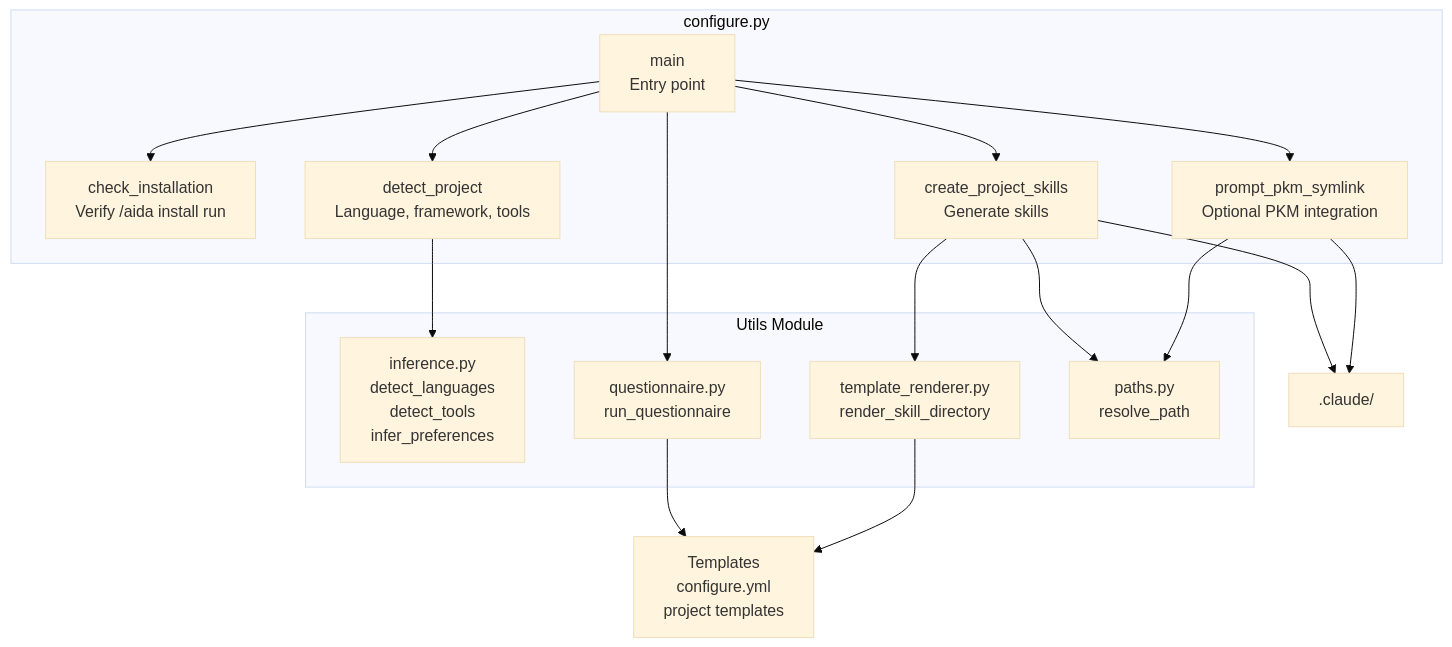
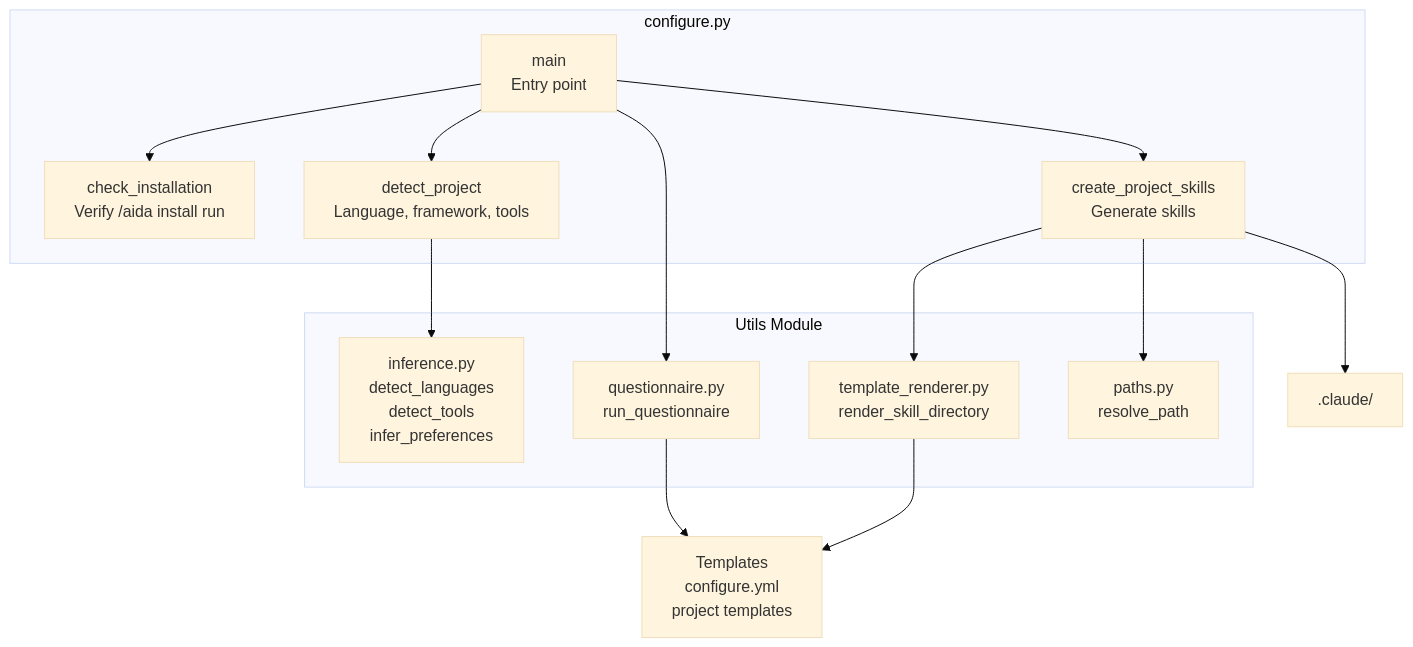
Before and after one commit to oakensoul/aida-core-plugin: the second of 7 diagrams in docs/architecture/c4/component-diagram.md, drawn with Mermaid (base theme). The commit also changed other lines of this file and 6 other files, not shown here.

First line of the commit message:
fix: address round 3 review findings - C4 diagrams, stale references, lint (#7)

````diff
--- a/docs/architecture/c4/component-diagram.md
+++ b/docs/architecture/c4/component-diagram.md
@@ -270,37 +267,33 @@
 ```mermaid
 graph TB
     subgraph "configure.py"
         MainConfig[main<br/>Entry point]
         CheckInstall[check_installation<br/>Verify /aida install run]
         DetectProject[detect_project<br/>Language, framework, tools]
-        PromptPKM[prompt_pkm_symlink<br/>Optional PKM integration]
         CreateProjectSkills[create_project_skills<br/>Generate skills]
     end
 
     subgraph "Utils Module"
         Inference[inference.py<br/>detect_languages<br/>detect_tools<br/>infer_preferences]
         Questionnaire2[questionnaire.py<br/>run_questionnaire]
         TemplateRender2[template_renderer.py<br/>render_skill_directory]
         PathsGet2[paths.py<br/>resolve_path]
     end
 
     Templates2[Templates<br/>configure.yml<br/>project templates]
     ProjectFS[.claude/]
 
     MainConfig --> CheckInstall
     MainConfig --> DetectProject
     MainConfig --> Questionnaire2
     MainConfig --> CreateProjectSkills
-    MainConfig --> PromptPKM
 
     DetectProject --> Inference
     CreateProjectSkills --> TemplateRender2
     CreateProjectSkills --> PathsGet2
-    PromptPKM --> PathsGet2
 
     Questionnaire2 --> Templates2
     TemplateRender2 --> Templates2
 
     CreateProjectSkills --> ProjectFS
-    PromptPKM --> ProjectFS
 ```
````
